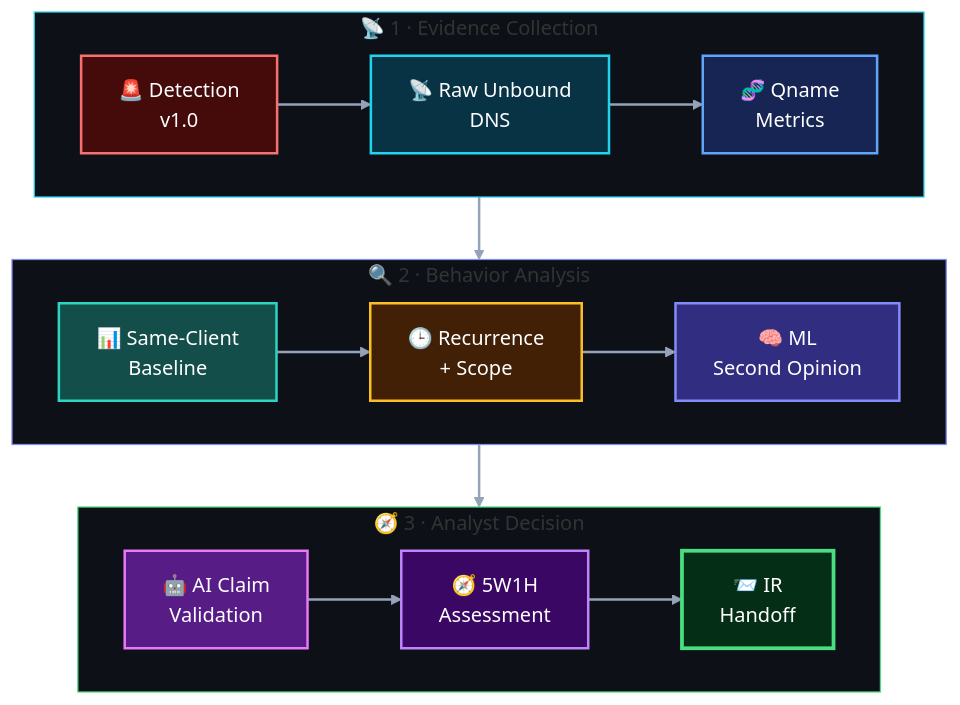
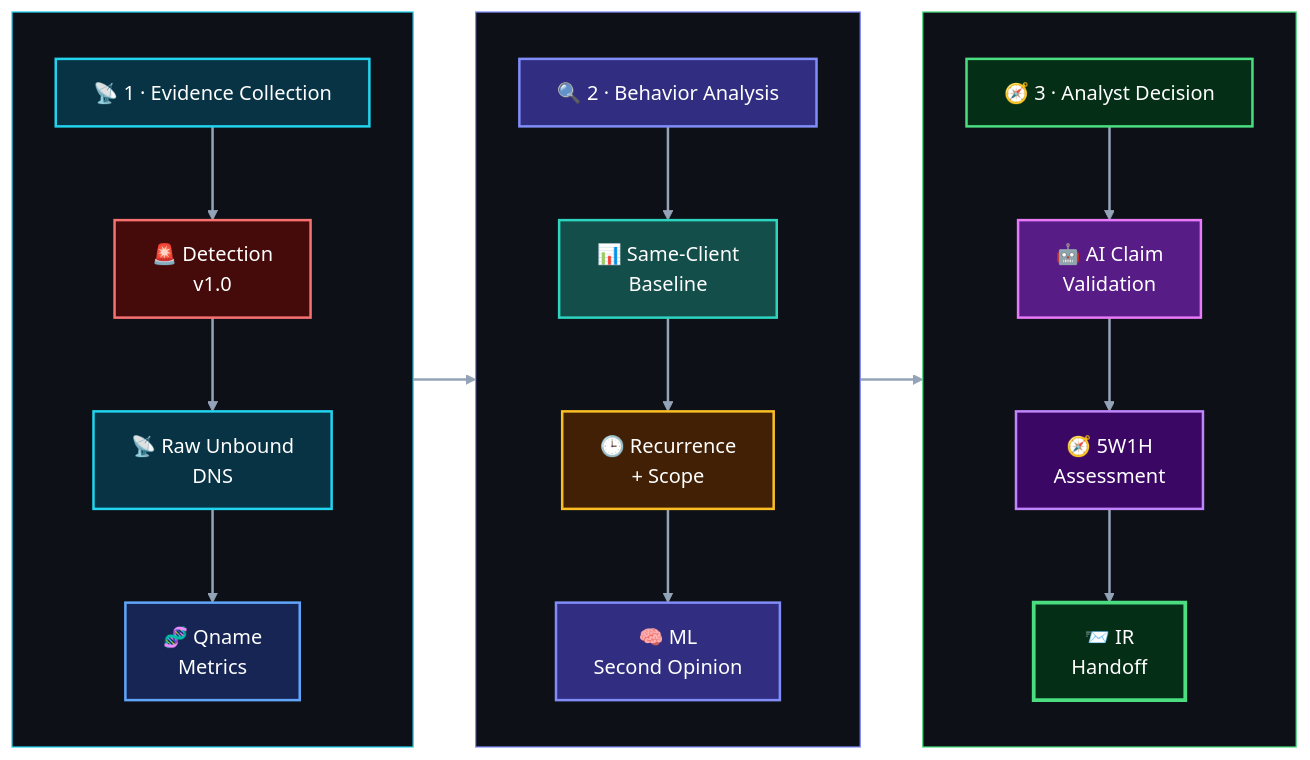
One commit to DNSentinel-Lab/Scenario-02-DGA changed the diagram in soc/README.md. Above: the diagram before and after it, drawn with Mermaid (forest theme).

Commit message:
Refactor investigation workflow diagram in README

````diff
--- a/soc/README.md
+++ b/soc/README.md
@@ -47,56 +47,77 @@
 ```mermaid
-flowchart TB
+flowchart LR
 
-    %% ==========================================
-    %% 1 — EVIDENCE COLLECTION
-    %% ==========================================
-    subgraph EVIDENCE["📡 1 · Evidence Collection"]
-        direction LR
+    %% =====================================================
+    %% PHASE 1 — EVIDENCE COLLECTION
+    %% =====================================================
+    subgraph EVIDENCE[" "]
+        direction TB
+
+        EH["📡 1 · Evidence Collection"]
 
         A["🚨 Detection<br/>v1.0"]
         B["📡 Raw Unbound<br/>DNS"]
         C["🧬 Qname<br/>Metrics"]
 
-        A --> B --> C
+        EH --> A --> B --> C
     end
 
 
-    %% ==========================================
-    %% 2 — BEHAVIOR ANALYSIS
-    %% ==========================================
-    subgraph ANALYSIS["🔍 2 · Behavior Analysis"]
-        direction LR
+    %% =====================================================
+    %% PHASE 2 — BEHAVIOR ANALYSIS
+    %% =====================================================
+    subgraph ANALYSIS[" "]
+        direction TB
+
+        AH["🔍 2 · Behavior Analysis"]
 
         D["📊 Same-Client<br/>Baseline"]
         E["🕒 Recurrence<br/>+ Scope"]
         F["🧠 ML<br/>Second Opinion"]
 
-        D --> E --> F
+        AH --> D --> E --> F
     end
 
 
-    %% ==========================================
-    %% 3 — ANALYST DECISION
-    %% ==========================================
-    subgraph DECISION["🧭 3 · Analyst Decision"]
-        direction LR
+    %% =====================================================
+    %% PHASE 3 — ANALYST DECISION
+    %% =====================================================
+    subgraph DECISION[" "]
+        direction TB
+
+        DH["🧭 3 · Analyst Decision"]
 
         G["🤖 AI Claim<br/>Validation"]
         H["🧭 5W1H<br/>Assessment"]
         I["📨 IR<br/>Handoff"]
 
-        G --> H --> I
+        DH --> G --> H --> I
     end
 
 
-    C --> D
-    F --> G
+    %% =====================================================
+    %% CONNECT PHASES — GROUP TO GROUP
+    %% Keeps each column layout intact
+    %% =====================================================
+    EVIDENCE --> ANALYSIS
+    ANALYSIS --> DECISION
 
 
-    %% ==========================================
-    %% STYLING
-    %% ==========================================
+    %% =====================================================
+    %% HEADER STYLING
+    %% =====================================================
+    classDef evidenceHeader fill:#083344,stroke:#22d3ee,stroke-width:2px,color:#ffffff;
+    classDef analysisHeader fill:#312e81,stroke:#818cf8,stroke-width:2px,color:#ffffff;
+    classDef decisionHeader fill:#052e16,stroke:#4ade80,stroke-width:2px,color:#ffffff;
 
+    class EH evidenceHeader;
+    class AH analysisHeader;
+    class DH decisionHeader;
+
+
+    %% =====================================================
+    %% NODE STYLING
+    %% =====================================================
     classDef detection fill:#450a0a,stroke:#f87171,stroke-width:2px,color:#ffffff;
     classDef telemetry fill:#083344,stroke:#22d3ee,stroke-width:2px,color:#ffffff;
     classDef metrics fill:#172554,stroke:#60a5fa,stroke-width:2px,color:#ffffff;
@@ -121,6 +142,10 @@
     class H analyst;
     class I handoff;
 
+
+    %% =====================================================
+    %% GROUP STYLING
+    %% =====================================================
     style EVIDENCE fill:#0d1117,stroke:#22d3ee,stroke-width:1px
     style ANALYSIS fill:#0d1117,stroke:#818cf8,stroke-width:1px
     style DECISION fill:#0d1117,stroke:#4ade80,stroke-width:1px
````
